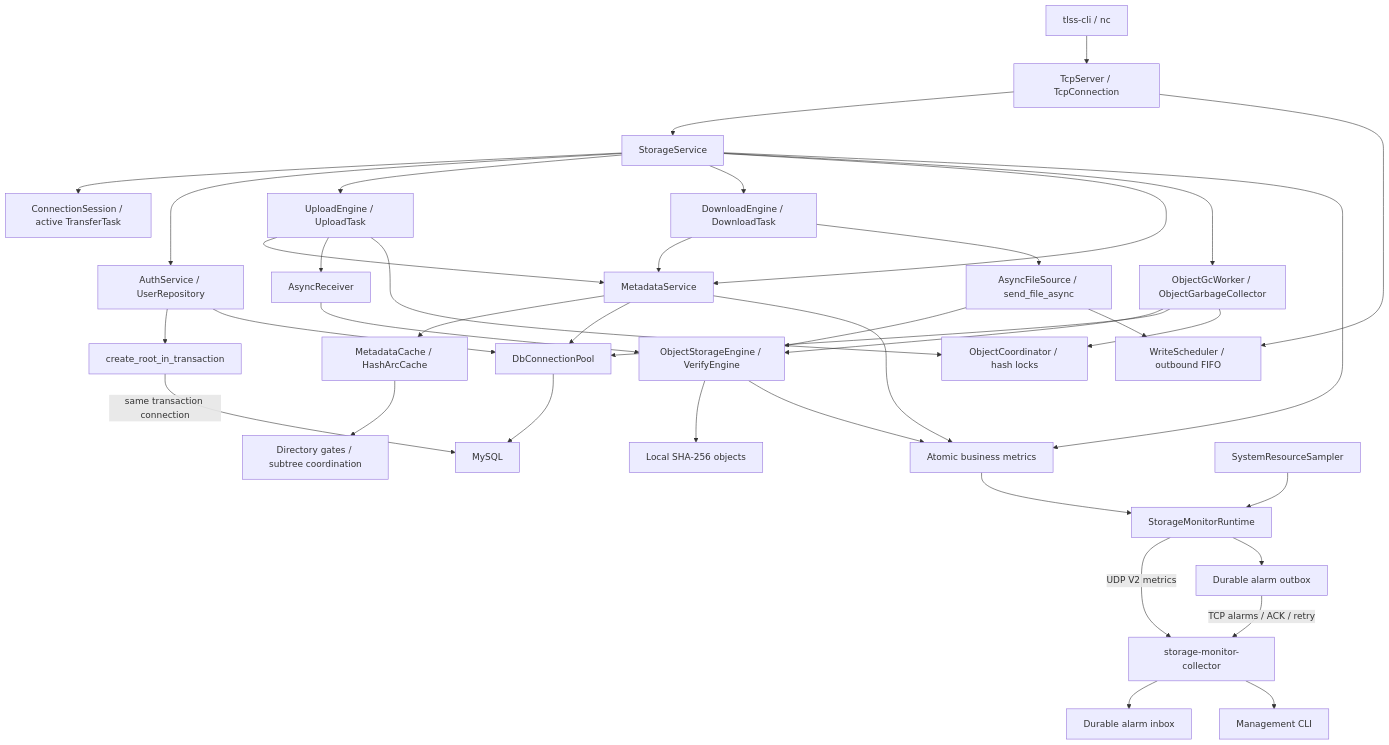
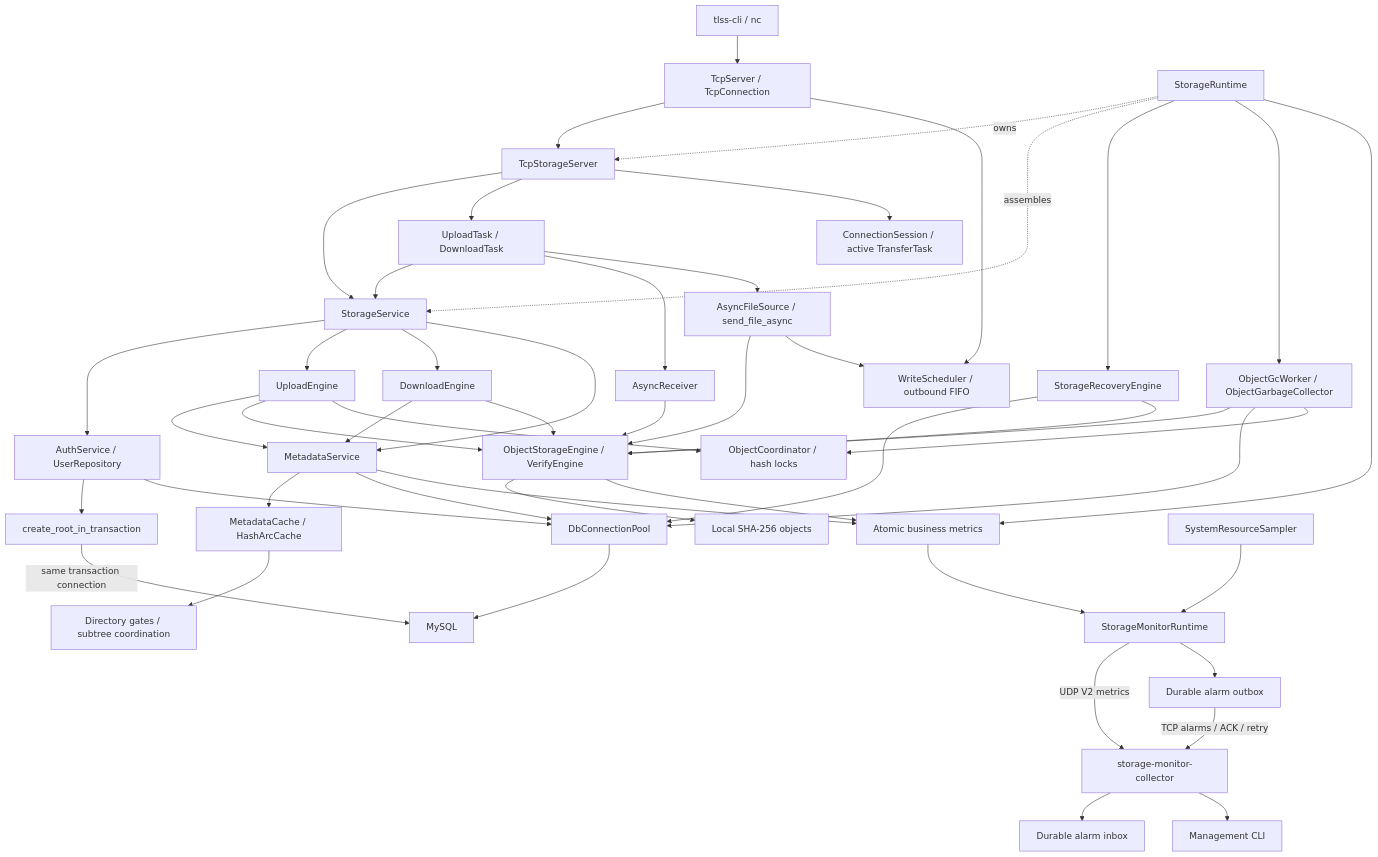
The diagram in README.cn.md (ClarkY0505/cpp_TLFSS), drawn with Mermaid before and after one commit. The commit also changed other lines of this file and 23 other files, not shown here.

First line of the commit message:
[refactor] : separate business, TCP, and runtime responsibilities

````diff
--- a/README.cn.md
+++ b/README.cn.md
@@ -182,41 +182,51 @@
 ```mermaid
 flowchart TD
     Client[tlss-cli / nc] --> Network[TcpServer / TcpConnection]
-    Network --> Service[StorageService]
-    Service --> Session[ConnectionSession / active TransferTask]
+    Network --> Adapter[TcpStorageServer]
+    Adapter --> Service[StorageService]
+    Adapter --> Tasks[UploadTask / DownloadTask]
+    Tasks --> Service
+    ApplicationRuntime[StorageRuntime] -.owns.-> Adapter
+    ApplicationRuntime -.assembles.-> Service
+    ApplicationRuntime --> Recovery[StorageRecoveryEngine]
+    Recovery --> Pool
+    Recovery --> Objects
+    Adapter --> Session[ConnectionSession / active TransferTask]
     Service --> Auth[AuthService / UserRepository]
-    Service --> Upload[UploadEngine / UploadTask]
-    Service --> Download[DownloadEngine / DownloadTask]
+    Service --> Upload[UploadEngine]
+    Service --> Download[DownloadEngine]
     Service --> Metadata[MetadataService]
     Upload --> Metadata
+    Upload --> Objects
     Download --> Metadata
+    Download --> Objects
     Auth --> Root[create_root_in_transaction]
-    Upload --> Receiver[AsyncReceiver]
-    Download --> Source[AsyncFileSource / send_file_async]
+    Tasks --> Receiver[AsyncReceiver]
+    Tasks --> Source[AsyncFileSource / send_file_async]
     Receiver --> Objects[ObjectStorageEngine / VerifyEngine]
     Source --> Objects
     Objects --> Filesystem[Local SHA-256 objects]
     Metadata --> Cache[MetadataCache / HashArcCache]
     Cache --> Scopes[Directory gates / subtree coordination]
     Metadata --> Pool[DbConnectionPool]
-    Service --> GC[ObjectGcWorker / ObjectGarbageCollector]
+    ApplicationRuntime --> GC[ObjectGcWorker / ObjectGarbageCollector]
     GC --> Objects
     GC --> Pool
     Upload --> ObjectLock[ObjectCoordinator / hash locks]
     GC --> ObjectLock
     Auth --> Pool
     Pool --> MySQL[MySQL]
     Root -->|same transaction connection| MySQL
     Network --> Writes[WriteScheduler / outbound FIFO]
     Source --> Writes
-    Service --> Metrics[Atomic business metrics]
+    ApplicationRuntime --> Metrics[Atomic business metrics]
     Metadata --> Metrics
     Objects --> Metrics
     Metrics --> Runtime[StorageMonitorRuntime]
     Resources[SystemResourceSampler] --> Runtime
     Runtime -->|UDP V2 metrics| Collector[storage-monitor-collector]
     Runtime --> Outbox[Durable alarm outbox]
     Outbox -->|TCP alarms / ACK / retry| Collector
     Collector --> Inbox[Durable alarm inbox]
     Collector --> CLI[Management CLI]
 ```
````
